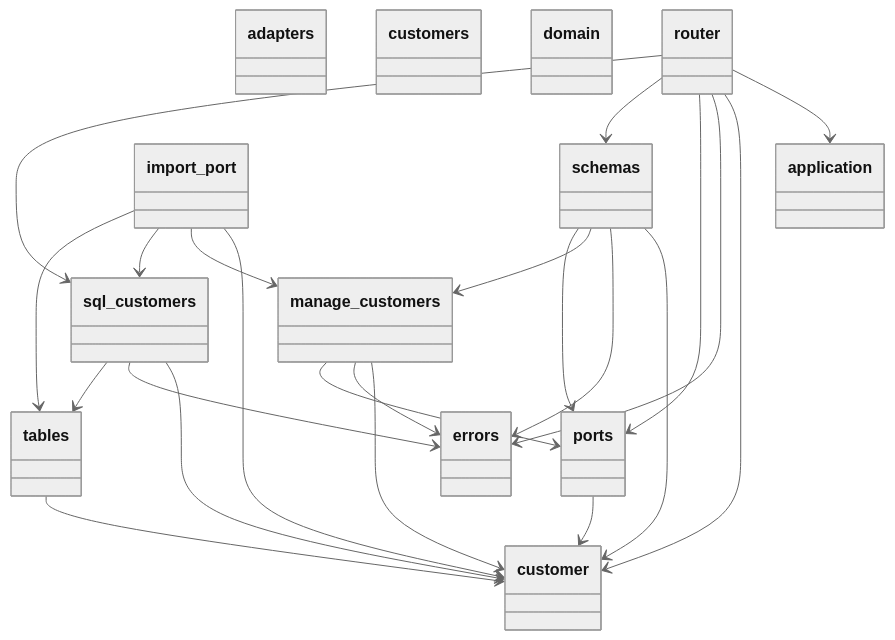
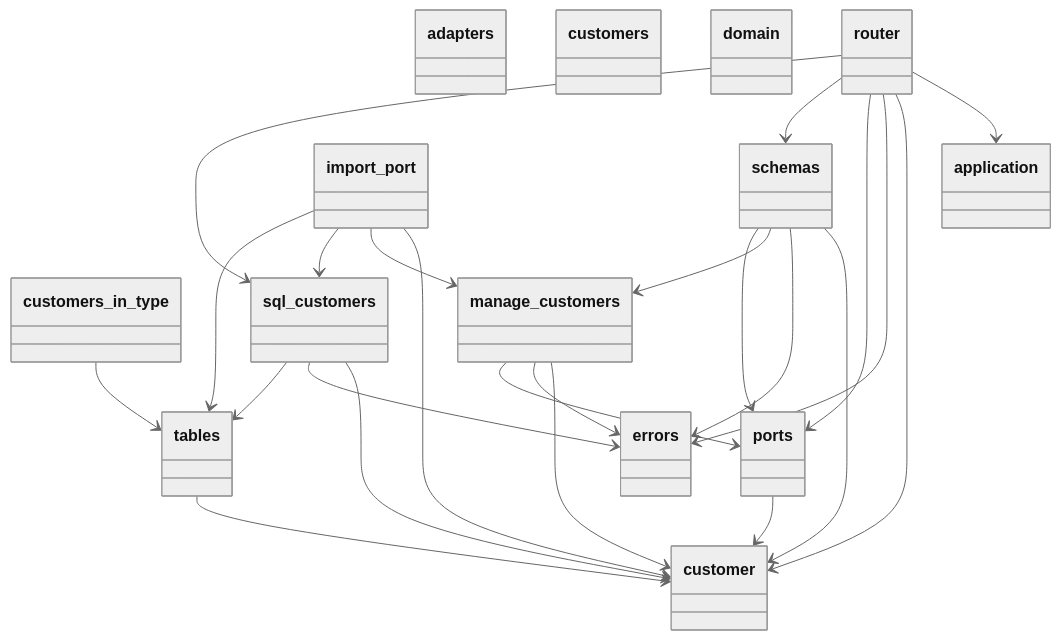
The first of 4 diagrams in docs/architecture/generated/classes/customers.md (GonzaloZevallos/apostrophe), drawn with Mermaid (neutral theme) before and after one commit. The commit also changed other lines of this file and 4 other files, not shown here.

Commit message:
Regenerate the API and architecture docs for the customer types routes

````diff
--- a/docs/architecture/generated/classes/customers.md
+++ b/docs/architecture/generated/classes/customers.md
@@ -7,51 +7,54 @@
 ```mermaid
 classDiagram
   class adapters {
   }
   class application {
   }
   class customer {
   }
   class customers {
+  }
+  class customers_in_type {
   }
   class domain {
   }
   class errors {
   }
   class import_port {
   }
   class manage_customers {
   }
   class ports {
   }
   class router {
   }
   class schemas {
   }
   class sql_customers {
   }
   class tables {
   }
+  customers_in_type --> tables
   import_port --> customer
   import_port --> manage_customers
   import_port --> sql_customers
   import_port --> tables
   manage_customers --> customer
   manage_customers --> errors
   manage_customers --> ports
   ports --> customer
   router --> application
   router --> customer
   router --> errors
   router --> ports
   router --> schemas
   router --> sql_customers
   schemas --> customer
   schemas --> errors
   schemas --> manage_customers
   schemas --> ports
   sql_customers --> customer
   sql_customers --> errors
   sql_customers --> tables
   tables --> customer
 ```
````
